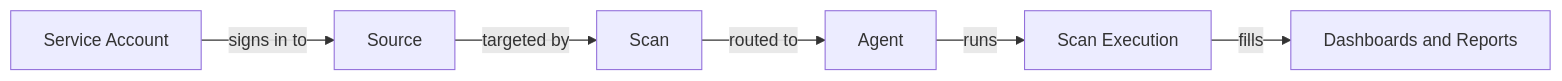
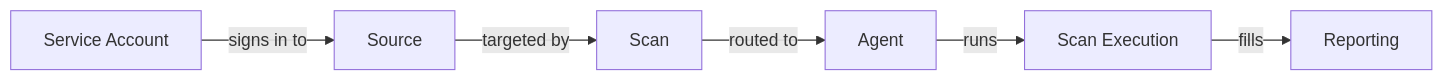
One commit to netwrix/docs changed the diagram in docs/accessanalyzer/26.1/key-concepts.md. Above: the diagram before and after it, drawn with Mermaid. The commit also changed other lines of this file and 58 other files, not shown here.

First line of the commit message:
docs(accessanalyzer): replace the 26.1 dashboards and reports pages with Reporting

````diff
--- a/docs/accessanalyzer/26.1/key-concepts.md
+++ b/docs/accessanalyzer/26.1/key-concepts.md
@@ -9,8 +9,8 @@
 ```mermaid
 flowchart LR
     A[Service Account] -- signs in to --> B[Source]
     B -- targeted by --> C[Scan]
     C -- routed to --> D[Agent]
     D -- runs --> E[Scan Execution]
-    E -- fills --> F[Dashboards and Reports]
+    E -- fills --> F[Reporting]
 ```
````
